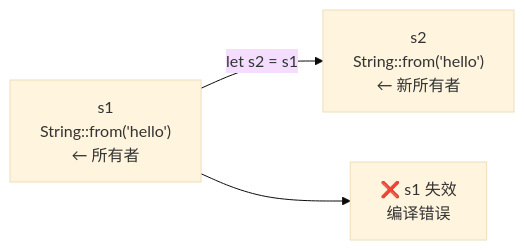
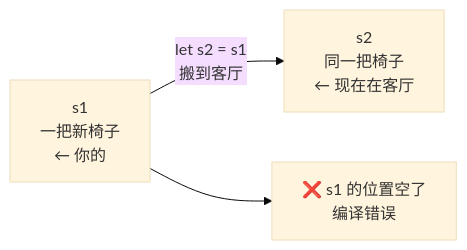
The first of 4 diagrams in languages/rust/ownership.md (qknow-0/blog), drawn with Mermaid (base theme) before and after one commit. The commit also changed other lines of this file and 10 other files, not shown here.

Commit message:
docs: Rust 全系列比喻重写——搬家/停车票/背包/快递/应聘/集装箱/图书馆/公寓楼/食品质检/酒店

````diff
--- a/languages/rust/ownership.md
+++ b/languages/rust/ownership.md
@@ -21,5 +25,5 @@
 ```mermaid
 flowchart LR
-    S1["s1<br/>String::from('hello')<br/>← 所有者"] -->|let s2 = s1| S2["s2<br/>String::from('hello')<br/>← 新所有者"]
-    S1 --> DROP["❌ s1 失效<br/>编译错误"]
+    S1["s1<br/>一把新椅子<br/>← 你的"] -->|"let s2 = s1<br/>搬到客厅"| S2["s2<br/>同一把椅子<br/>← 现在在客厅"]
+    S1 --> DROP["❌ s1 的位置空了<br/>编译错误"]
 ```
````
